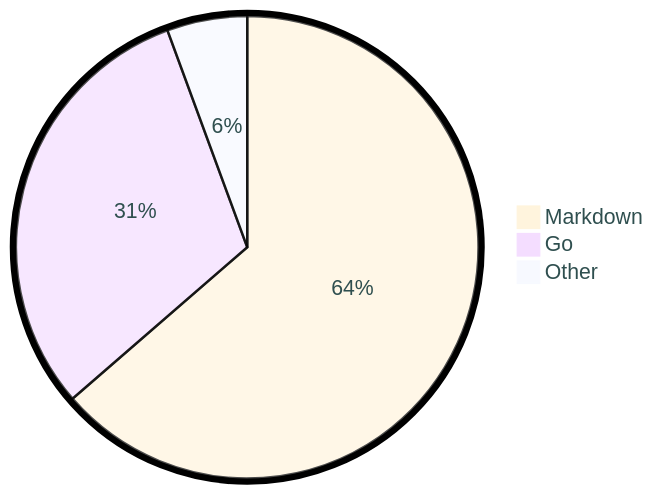
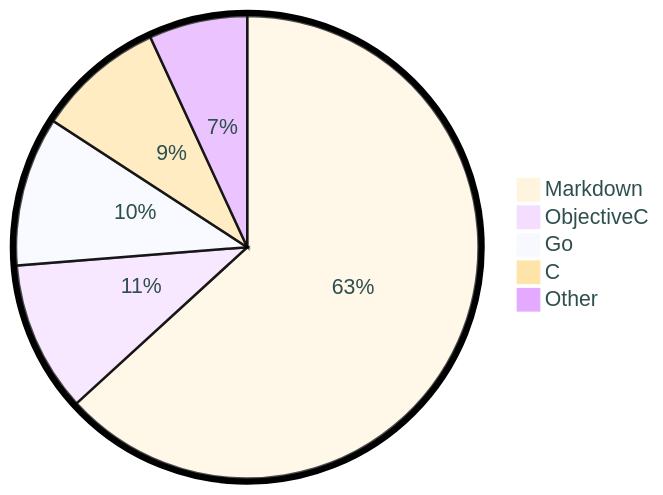
One commit to tot0p/tot0p changed the diagram in README.md. Above: the diagram before and after it, drawn with Mermaid. The commit also changed other lines of this file, not shown here.

````diff
--- a/README.md
+++ b/README.md
@@ -74,7 +77,9 @@
 ```mermaid
 %%{init: {"pie": {"textPosition": 0.5}, "themeVariables": {"pieOuterStrokeWidth": "5px","primaryTextColor" : "#2F4F4F"},"theme":"base"} }%%
 pie
-	"Markdown": 63.63
-	"Go": 30.75
-	"Other": 5.609999999999999
+	"Markdown": 63.21
+	"ObjectiveC": 10.53
+	"Go": 10.44
+	"C": 8.94
+	"Other": 6.879999999999999
 ```
````
